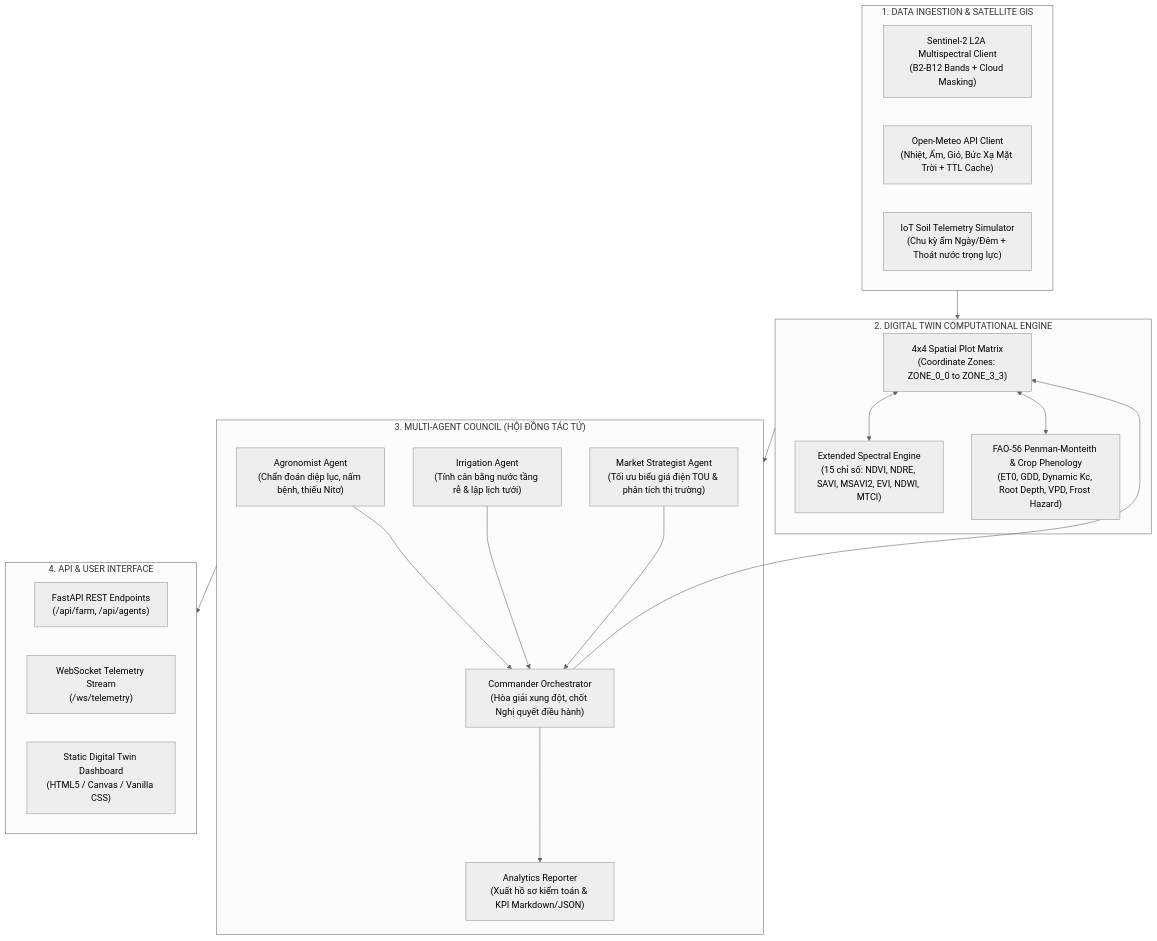
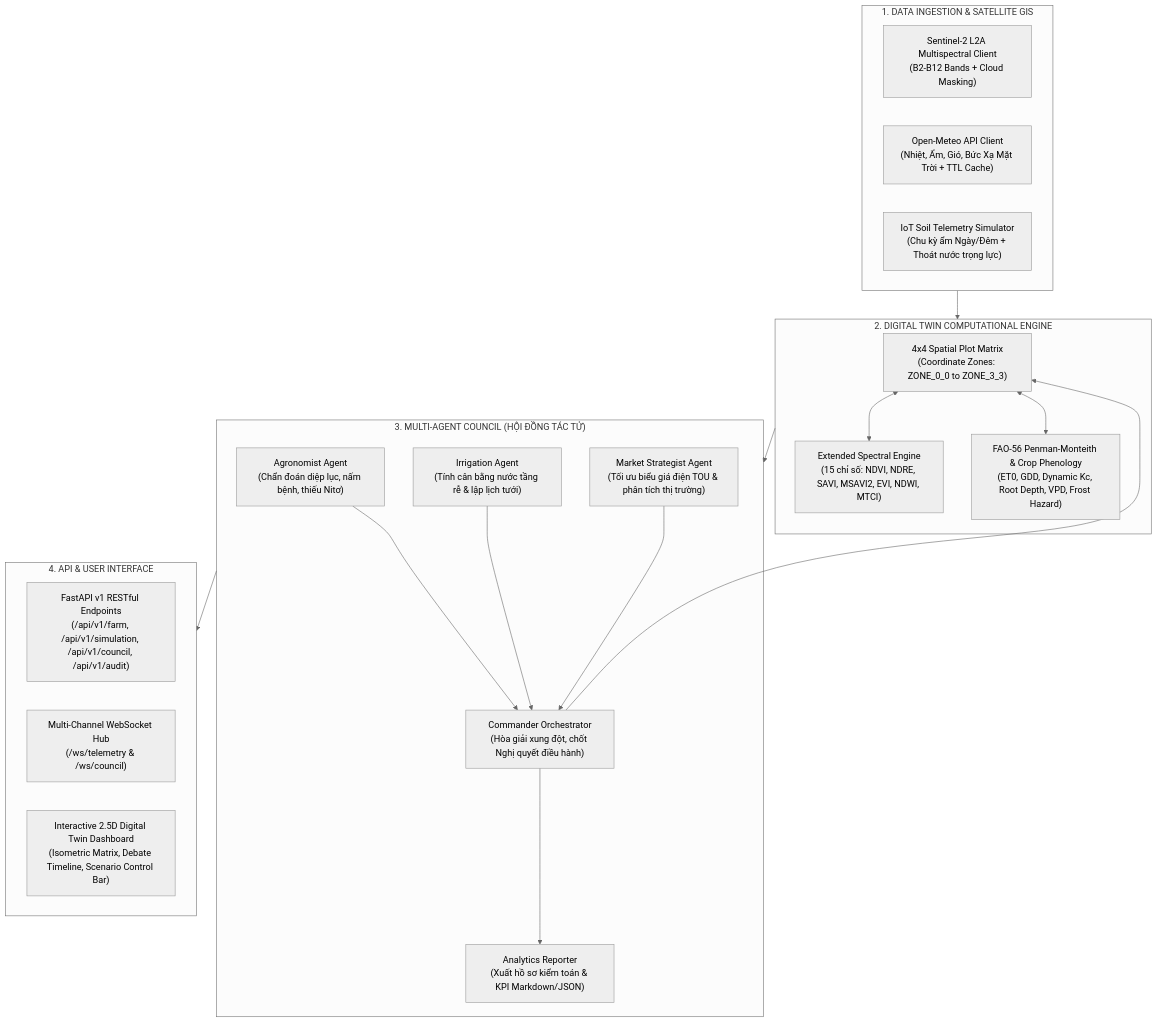
The diagram in README.md (BaoNguyenz/farm_com), drawn with Mermaid (neutral theme) before and after one commit. The commit also changed other lines of this file and 1 other file, not shown here.

Commit message:
docs(roadmap): mark Phase 5 API/WebSockets and Phase 6 UI milestones complete in ROADMAP.md and update README.md

````diff
--- a/README.md
+++ b/README.md
@@ -16,40 +16,40 @@
 ```mermaid
 flowchart TB
     subgraph DataLayer ["1. DATA INGESTION & SATELLITE GIS"]
         S2["Sentinel-2 L2A Multispectral Client\n(B2-B12 Bands + Cloud Masking)"]
         Weather["Open-Meteo API Client\n(Nhiệt, Ẩm, Gió, Bức Xạ Mặt Trời + TTL Cache)"]
         Sensors["IoT Soil Telemetry Simulator\n(Chu kỳ ẩm Ngày/Đêm + Thoát nước trọng lực)"]
     end
 
     subgraph TwinEngine ["2. DIGITAL TWIN COMPUTATIONAL ENGINE"]
         Grid["4x4 Spatial Plot Matrix\n(Coordinate Zones: ZONE_0_0 to ZONE_3_3)"]
         SpectralEngine["Extended Spectral Engine\n(15 chỉ số: NDVI, NDRE, SAVI, MSAVI2, EVI, NDWI, MTCI)"]
         BioModel["FAO-56 Penman-Monteith & Crop Phenology\n(ET0, GDD, Dynamic Kc, Root Depth, VPD, Frost Hazard)"]
         Grid <--> BioModel
         Grid <--> SpectralEngine
     end
 
     subgraph AgentSwarm ["3. MULTI-AGENT COUNCIL (HỘI ĐỒNG TÁC TỬ)"]
         Doctor["Agronomist Agent\n(Chẩn đoán diệp lục, nấm bệnh, thiếu Nitơ)"]
         Irrigator["Irrigation Agent\n(Tính cân bằng nước tầng rễ & lập lịch tưới)"]
         Trader["Market Strategist Agent\n(Tối ưu biểu giá điện TOU & phân tích thị trường)"]
         Commander["Commander Orchestrator\n(Hòa giải xung đột, chốt Nghị quyết điều hành)"]
         Reporter["Analytics Reporter\n(Xuất hồ sơ kiểm toán & KPI Markdown/JSON)"]
         
         Doctor --> Commander
         Irrigator --> Commander
         Trader --> Commander
         Commander --> Reporter
         Commander --> Grid
     end
 
     subgraph DeliveryLayer ["4. API & USER INTERFACE"]
-        FastAPI_App["FastAPI REST Endpoints\n(/api/farm, /api/agents)"]
-        WebSockets["WebSocket Telemetry Stream\n(/ws/telemetry)"]
-        UI["Static Digital Twin Dashboard\n(HTML5 / Canvas / Vanilla CSS)"]
+        FastAPI_App["FastAPI v1 RESTful Endpoints\n(/api/v1/farm, /api/v1/simulation, /api/v1/council, /api/v1/audit)"]
+        WebSockets["Multi-Channel WebSocket Hub\n(/ws/telemetry & /ws/council)"]
+        UI["Interactive 2.5D Digital Twin Dashboard\n(Isometric Matrix, Debate Timeline, Scenario Control Bar)"]
     end
 
     DataLayer --> TwinEngine
     TwinEngine --> AgentSwarm
     AgentSwarm --> DeliveryLayer
 ```
````
